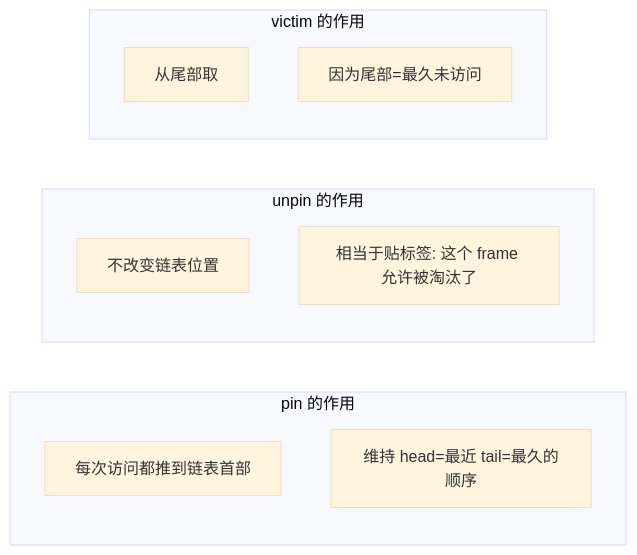
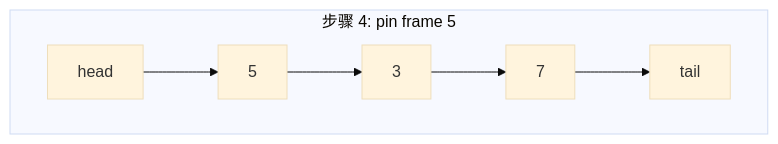
One commit to Dorian7Alden/RMDB-2024-Analyze changed the sixth of 11 diagrams in my-analysis/01-storage-layer/07-buffer-pool-lru.md. Above: the diagram before and after it, drawn with Mermaid (base theme). The commit also changed other lines of this file, not shown here.

Commit message:
LRU 分步演示改为逐步骤横向 mermaid 图 三者分工改为表格

````diff
--- a/my-analysis/01-storage-layer/07-buffer-pool-lru.md
+++ b/my-analysis/01-storage-layer/07-buffer-pool-lru.md
@@ -83,15 +106,7 @@
 ```mermaid
 flowchart LR
-    subgraph pin["pin 的作用"]
-        P1["每次访问都推到链表首部"]
-        P2["维持 head=最近 tail=最久的顺序"]
-    end
-    subgraph unpin["unpin 的作用"]
-        U1["不改变链表位置"]
-        U2["相当于贴标签: 这个 frame 允许被淘汰了"]
-    end
-    subgraph vic["victim 的作用"]
-        V1["从尾部取"]
-        V2["因为尾部=最久未访问"]
+    subgraph S4["步骤 4: pin frame 5"]
+        direction LR
+        H4["head"] --> N5["5"] --> N3c["3"] --> N7c["7"] --> T4["tail"]
     end
 ```
````
